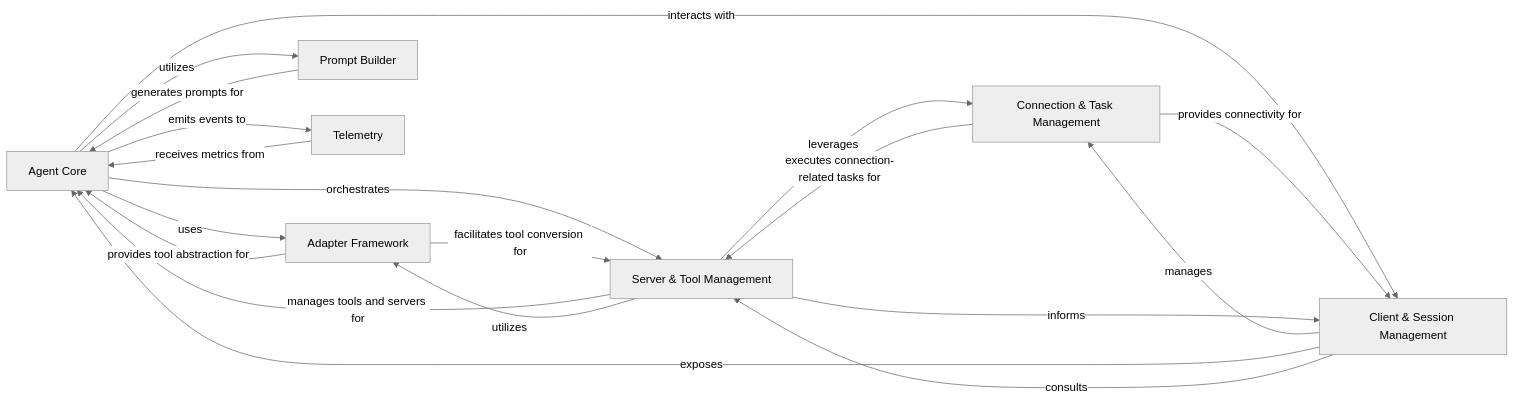
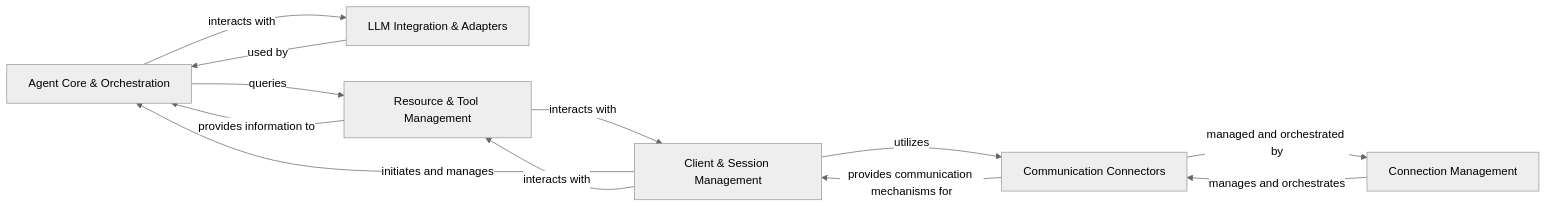
Before and after one commit to mcp-use/mcp-use: the diagram in .codeboarding/on_boarding.mdx, drawn with Mermaid (neutral theme). The commit also changed other lines of this file and 24 other files, not shown here.

First line of the commit message:
docs: update codeboarding documentation and generate architecture

````diff
--- a/.codeboarding/on_boarding.mdx
+++ b/.codeboarding/on_boarding.mdx
@@ -7,33 +7,26 @@
 ```mermaid
 graph LR
-    Agent_Core["Agent Core"]
+    Agent_Core_Orchestration["Agent Core & Orchestration"]
     Client_Session_Management["Client & Session Management"]
-    Connection_Task_Management["Connection & Task Management"]
-    Adapter_Framework["Adapter Framework"]
-    Server_Tool_Management["Server & Tool Management"]
-    Prompt_Builder["Prompt Builder"]
-    Telemetry["Telemetry"]
-    Agent_Core -- "uses" --> Adapter_Framework
-    Agent_Core -- "orchestrates" --> Server_Tool_Management
-    Agent_Core -- "utilizes" --> Prompt_Builder
-    Agent_Core -- "emits events to" --> Telemetry
-    Agent_Core -- "interacts with" --> Client_Session_Management
-    Client_Session_Management -- "manages" --> Connection_Task_Management
-    Client_Session_Management -- "exposes" --> Agent_Core
-    Client_Session_Management -- "consults" --> Server_Tool_Management
-    Connection_Task_Management -- "provides connectivity for" --> Client_Session_Management
-    Connection_Task_Management -- "executes connection-related tasks for" --> Server_Tool_Management
-    Adapter_Framework -- "provides tool abstraction for" --> Agent_Core
-    Adapter_Framework -- "facilitates tool conversion for" --> Server_Tool_Management
-    Server_Tool_Management -- "manages tools and servers for" --> Agent_Core
-    Server_Tool_Management -- "leverages" --> Connection_Task_Management
-    Server_Tool_Management -- "utilizes" --> Adapter_Framework
-    Server_Tool_Management -- "informs" --> Client_Session_Management
-    Prompt_Builder -- "generates prompts for" --> Agent_Core
-    Telemetry -- "receives metrics from" --> Agent_Core
-    click Agent_Core href "/codeboarding/Agent_Core.md" "Details"
-    click Adapter_Framework href "/codeboarding/Adapter_Framework.md" "Details"
-    click Server_Tool_Management href "/codeboarding/Server_Tool_Management.md" "Details"
-    click Prompt_Builder href "/codeboarding/Prompt_Builder.md" "Details"
-    click Telemetry href "/codeboarding/Telemetry.md" "Details"
+    Communication_Connectors["Communication Connectors"]
+    Connection_Management["Connection Management"]
+    LLM_Integration_Adapters["LLM Integration & Adapters"]
+    Resource_Tool_Management["Resource & Tool Management"]
+    Agent_Core_Orchestration -- "interacts with" --> LLM_Integration_Adapters
+    Agent_Core_Orchestration -- "queries" --> Resource_Tool_Management
+    Client_Session_Management -- "initiates and manages" --> Agent_Core_Orchestration
+    Client_Session_Management -- "utilizes" --> Communication_Connectors
+    Client_Session_Management -- "interacts with" --> Resource_Tool_Management
+    Communication_Connectors -- "provides communication mechanisms for" --> Client_Session_Management
+    Communication_Connectors -- "managed and orchestrated by" --> Connection_Management
+    Connection_Management -- "manages and orchestrates" --> Communication_Connectors
+    LLM_Integration_Adapters -- "used by" --> Agent_Core_Orchestration
+    Resource_Tool_Management -- "provides information to" --> Agent_Core_Orchestration
+    Resource_Tool_Management -- "interacts with" --> Client_Session_Management
+    click Agent_Core_Orchestration href "/codeboarding/Agent_Core_Orchestration.md" "Details"
+    click Client_Session_Management href "/codeboarding/Client_Session_Management.md" "Details"
+    click Communication_Connectors href "/codeboarding/Communication_Connectors.md" "Details"
+    click Connection_Management href "/codeboarding/Connection_Management.md" "Details"
+    click LLM_Integration_Adapters href "/codeboarding/LLM_Integration_Adapters.md" "Details"
+    click Resource_Tool_Management href "/codeboarding/Resource_Tool_Management.md" "Details"
 ```
````
